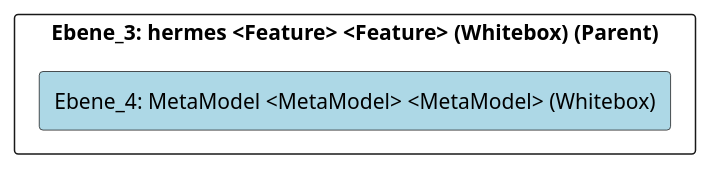
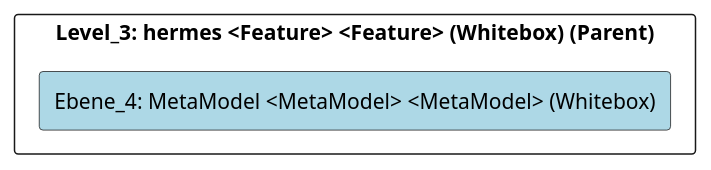
One commit to marcozwyssig/cleon changed the diagram in doc/cleonproject_deliverables_architecture_model_architecture/adoc/de/05_bausteinsicht/cleon/architecture_methods/hermes/metamodel/ebene_4_metamodel.adoc. Above: the diagram before and after it, drawn with PlantUML. The commit also changed other lines of this file and 169 other files, not shown here.

```diff
--- a/doc/cleonproject_deliverables_architecture_model_architecture/adoc/de/05_bausteinsicht/cleon/architecture_methods/hermes/metamodel/ebene_4_metamodel.adoc
+++ b/doc/cleonproject_deliverables_architecture_model_architecture/adoc/de/05_bausteinsicht/cleon/architecture_methods/hermes/metamodel/ebene_4_metamodel.adoc
@@ -20,24 +20,24 @@
 [plantuml, Ebene_4: MetaModel <MetaModel> <MetaModel> (Whitebox)BlockOverview, format="svg"]
 ----
 @startuml Ebene_4: MetaModel <MetaModel> <MetaModel> (Whitebox)BuildingBlockOverview
 
 skinparam ranksep 10
 skinparam componentStyle rectangle
 skinparam shadowing false
 skinparam arrowColor lightblue
 skinparam arrowThickness 1.2
 skinparam rectangle {
   BackgroundColor White
   BorderColor #333
   RoundCorner 10
 }
 top to bottom direction
 
-component "Ebene_3: hermes <Feature> <Feature> (Whitebox) (Parent)" {
+component "Level_3: hermes <Feature> <Feature> (Whitebox) (Parent)" {
     component "Ebene_4: MetaModel <MetaModel> <MetaModel> (Whitebox)" #lightblue {
     }
 
 }
 
 @enduml
 ----
```
